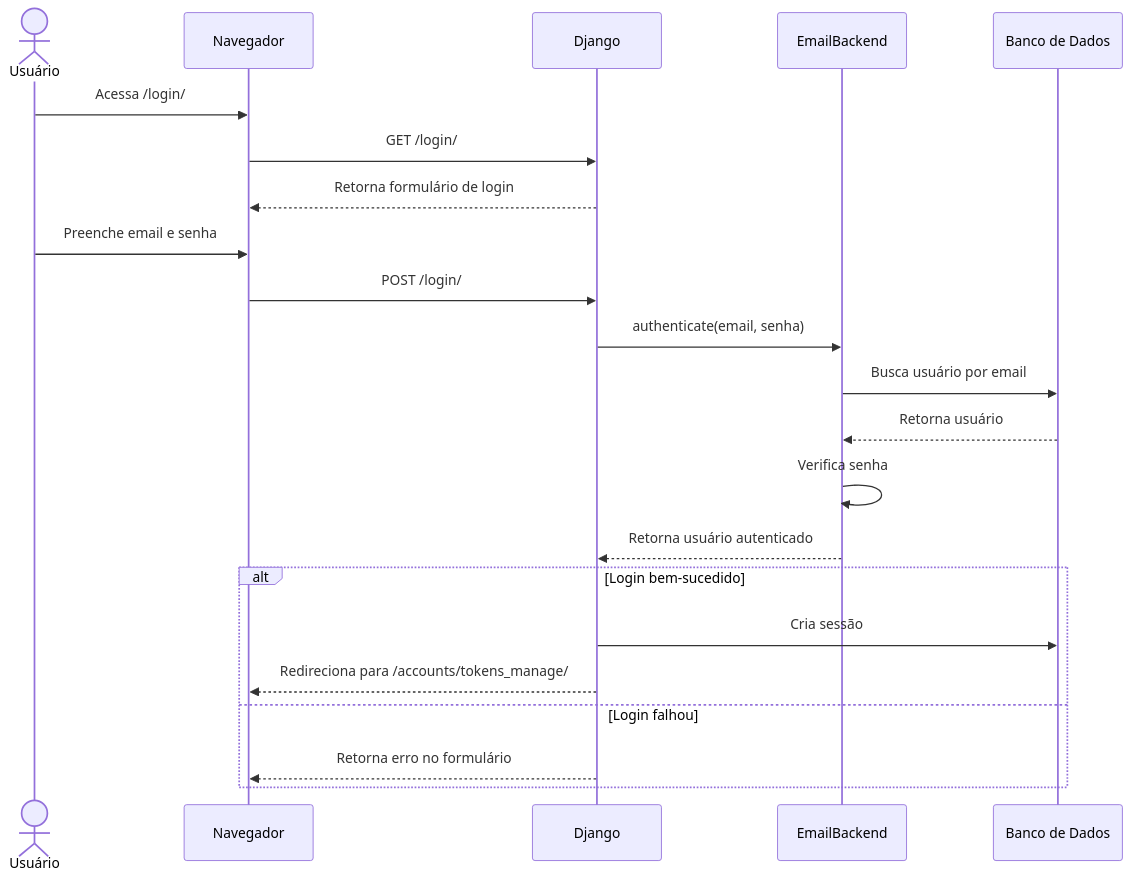
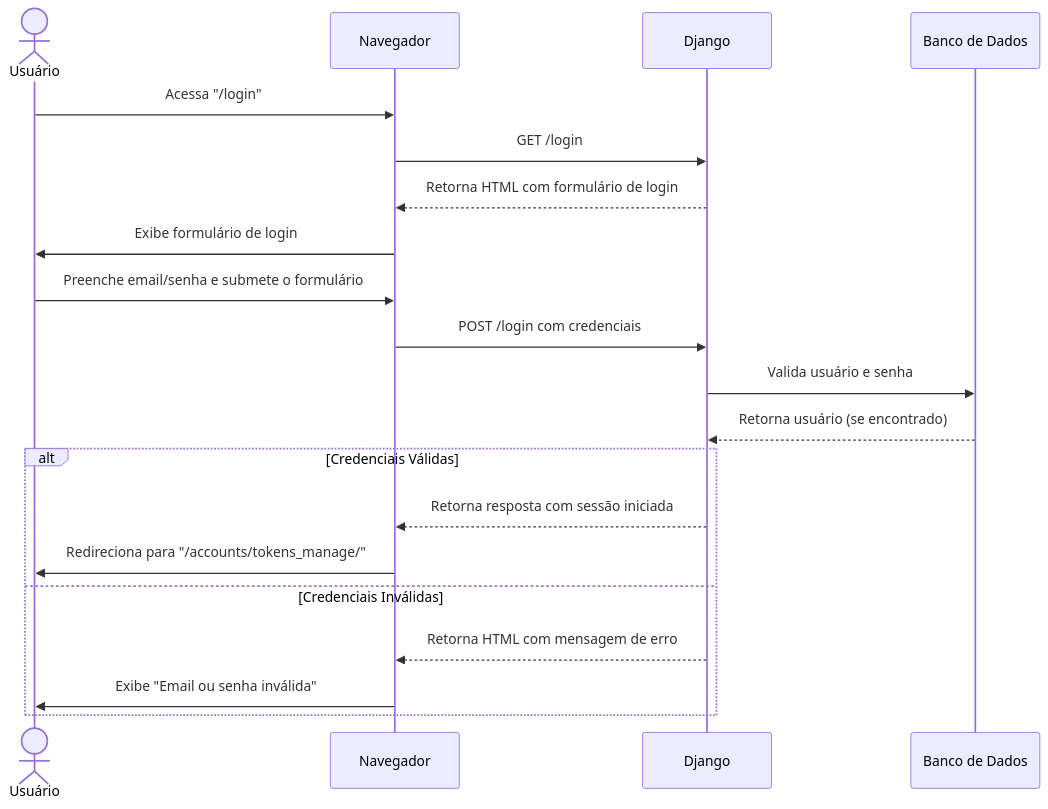
The third of 26 diagrams in README.md (diegogrosmann/EnsinaNet.AI), drawn with Mermaid before and after one commit. The commit also changed other lines of this file and 117 other files, not shown here.

````diff
--- a/README.md
+++ b/README.md
@@ -521,25 +576,23 @@
 ```mermaid
 sequenceDiagram
     actor U as Usuário
     participant N as Navegador
     participant D as Django
-    participant EB as EmailBackend
     participant DB as Banco de Dados
 
-    U->>N: Acessa /login/
-    N->>D: GET /login/
-    D-->>N: Retorna formulário de login
-    U->>N: Preenche email e senha
-    N->>D: POST /login/
-    D->>EB: authenticate(email, senha)
-    EB->>DB: Busca usuário por email
-    DB-->>EB: Retorna usuário
-    EB->>EB: Verifica senha
-    EB-->>D: Retorna usuário autenticado
-    alt Login bem-sucedido
-        D->>DB: Cria sessão
-        D-->>N: Redireciona para /accounts/tokens_manage/
-    else Login falhou
-        D-->>N: Retorna erro no formulário
+    U->>N: Acessa "/login"
+    N->>D: GET /login
+    D-->>N: Retorna HTML com formulário de login
+    N->>U: Exibe formulário de login
+    U->>N: Preenche email/senha e submete o formulário
+    N->>D: POST /login com credenciais
+    D->>DB: Valida usuário e senha
+    DB-->>D: Retorna usuário (se encontrado)
+    alt Credenciais Válidas
+        D-->>N: Retorna resposta com sessão iniciada
+        N->>U: Redireciona para "/accounts/tokens_manage/"
+    else Credenciais Inválidas
+        D-->>N: Retorna HTML com mensagem de erro
+        N->>U: Exibe "Email ou senha inválida"
     end
 ```
````
